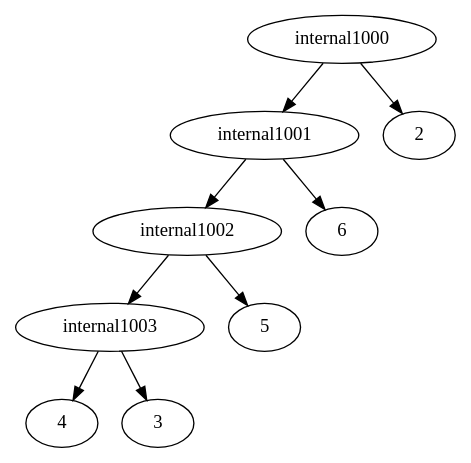
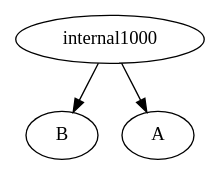
One commit to solislemuslab/phylo-knit changed the diagram in src/Server/upload.dot. Above: the diagram before and after it, drawn with Graphviz. The commit also changed 7 other files, not shown here.

```diff
--- a/src/Server/upload.dot
+++ b/src/Server/upload.dot
@@ -1,10 +1,4 @@
 strict digraph G1 {
-internal1000 -> internal1001
-internal1000 -> 2
-internal1001 -> internal1002
-internal1001 -> 6
-internal1002 -> internal1003
-internal1002 -> 5
-internal1003 -> 4
-internal1003 -> 3
+internal1000 -> B
+internal1000 -> A
 }
```
